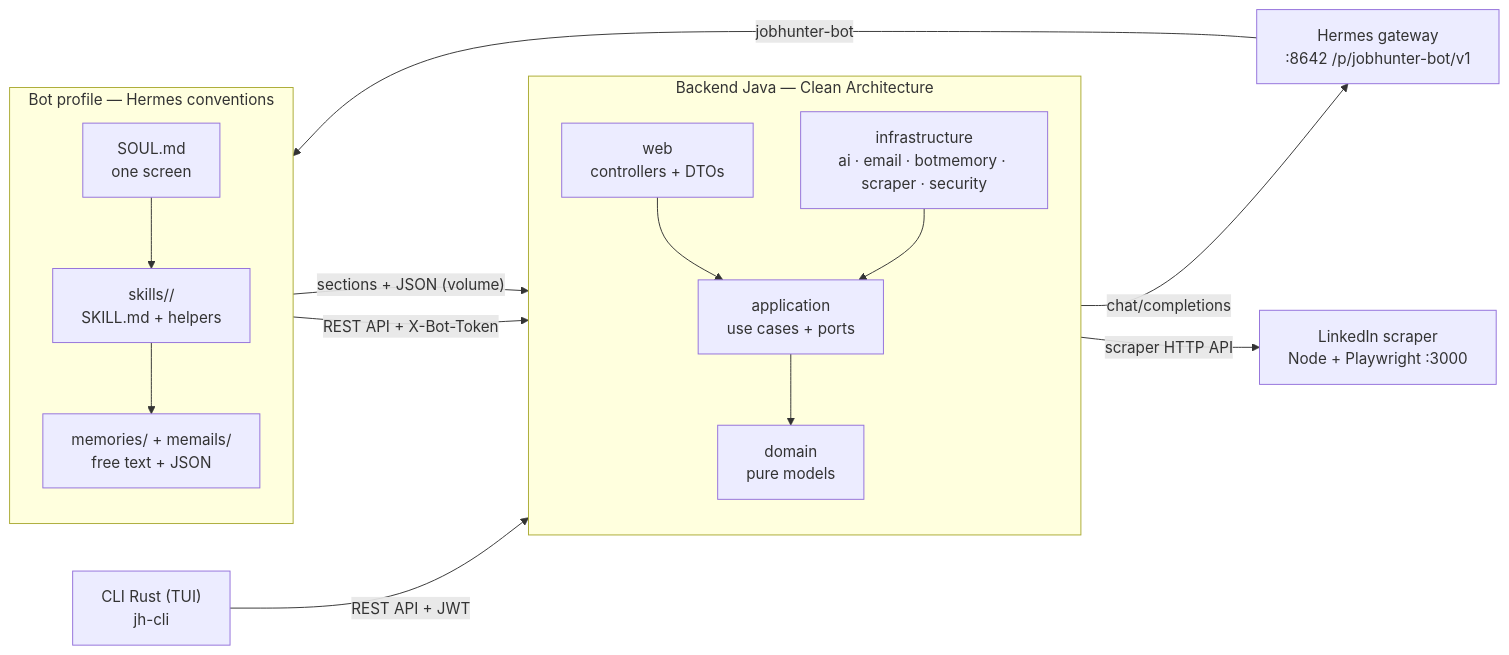
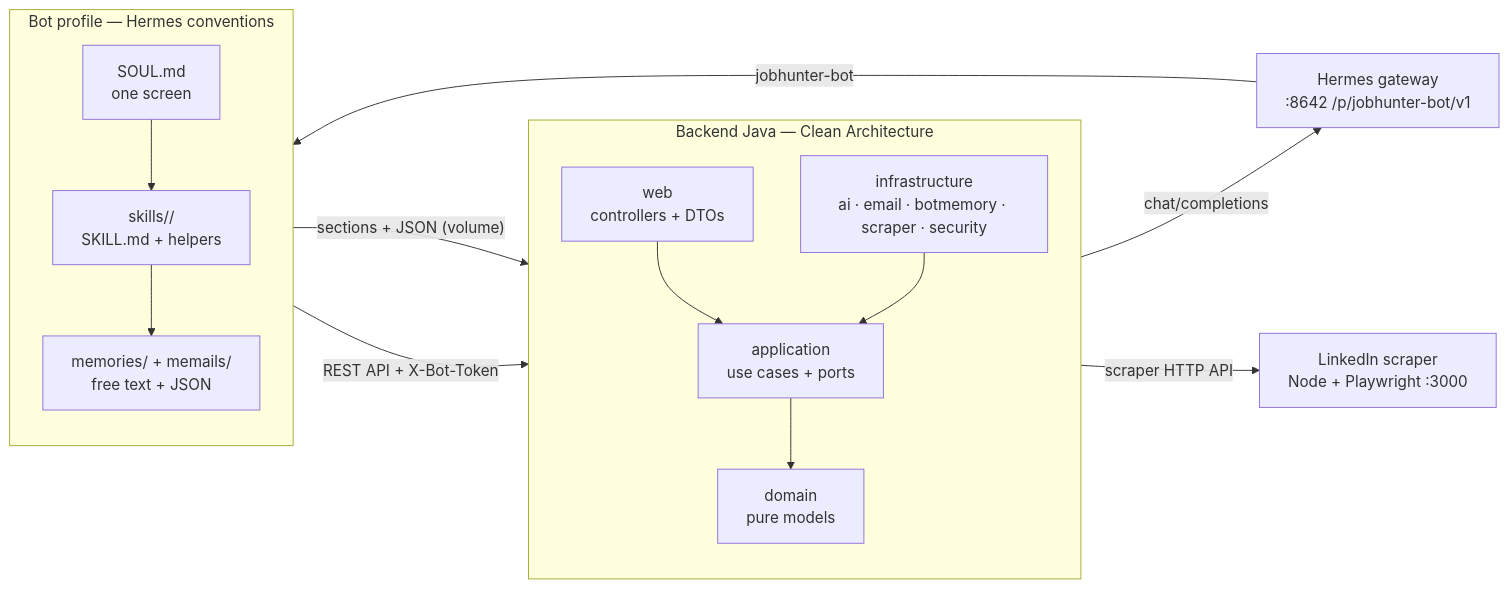
One commit to Uzzoper/job-hunter changed the diagram in docs/specs/architecture.md. Above: the diagram before and after it, drawn with Mermaid. The commit also changed other lines of this file and 14 other files, not shown here.

````diff
--- a/docs/specs/architecture.md
+++ b/docs/specs/architecture.md
@@ -335,28 +313,26 @@
 ```mermaid
 flowchart LR
     subgraph Backend["Backend Java — Clean Architecture"]
         direction TB
         W["web<br/>controllers + DTOs"]
         A["application<br/>use cases + ports"]
         D["domain<br/>pure models"]
         I["infrastructure<br/>ai · email · botmemory · scraper · security"]
         W --> A --> D
         I --> A
     end
     subgraph BotProfile["Bot profile — Hermes conventions"]
         direction TB
         S["SOUL.md<br/>one screen"]
         K["skills/<name>/<br/>SKILL.md + helpers"]
         M["memories/ + memails/<br/>free text + JSON"]
         S --> K --> M
     end
     G["Hermes gateway<br/>:8642 /p/jobhunter-bot/v1"]
-    C["CLI Rust (TUI)<br/>jh-cli"]
     N["LinkedIn scraper<br/>Node + Playwright :3000"]
     K -- "REST API + X-Bot-Token" --> W
     M -- "sections + JSON (volume)" --> I
     I -- "chat/completions" --> G
     G -- "jobhunter-bot" --> K
-    C -- "REST API + JWT" --> W
     I -- "scraper HTTP API" --> N
 ```
````
